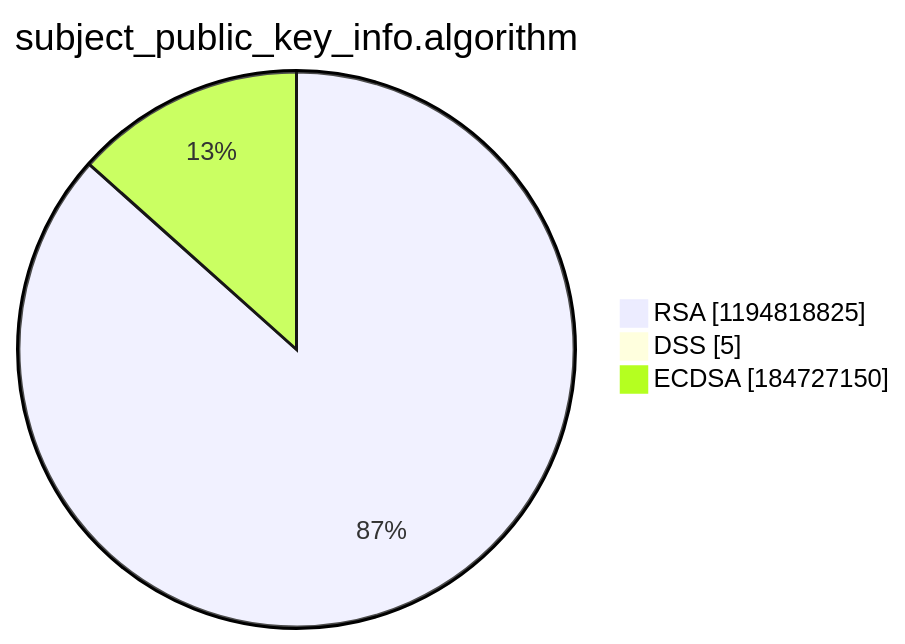
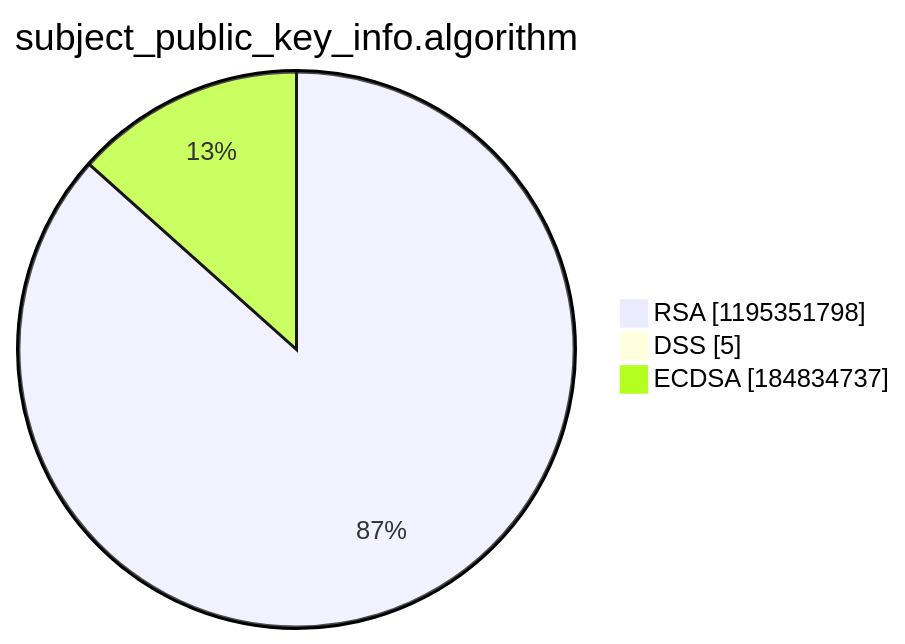
One commit to christiankrug/ctmonitor_visualization changed the third of 15 diagrams in argon2022/README.md. Above: the diagram before and after it, drawn with Mermaid. The commit also changed other lines of this file, not shown here.

````diff
--- a/argon2022/README.md
+++ b/argon2022/README.md
@@ -14,7 +14,7 @@
 ```mermaid
 pie showData
 title subject_public_key_info.algorithm
-"RSA" :1194818825
+"RSA" :1195351798
 "DSS" :5
-"ECDSA" :184727150
+"ECDSA" :184834737
 ```
````
